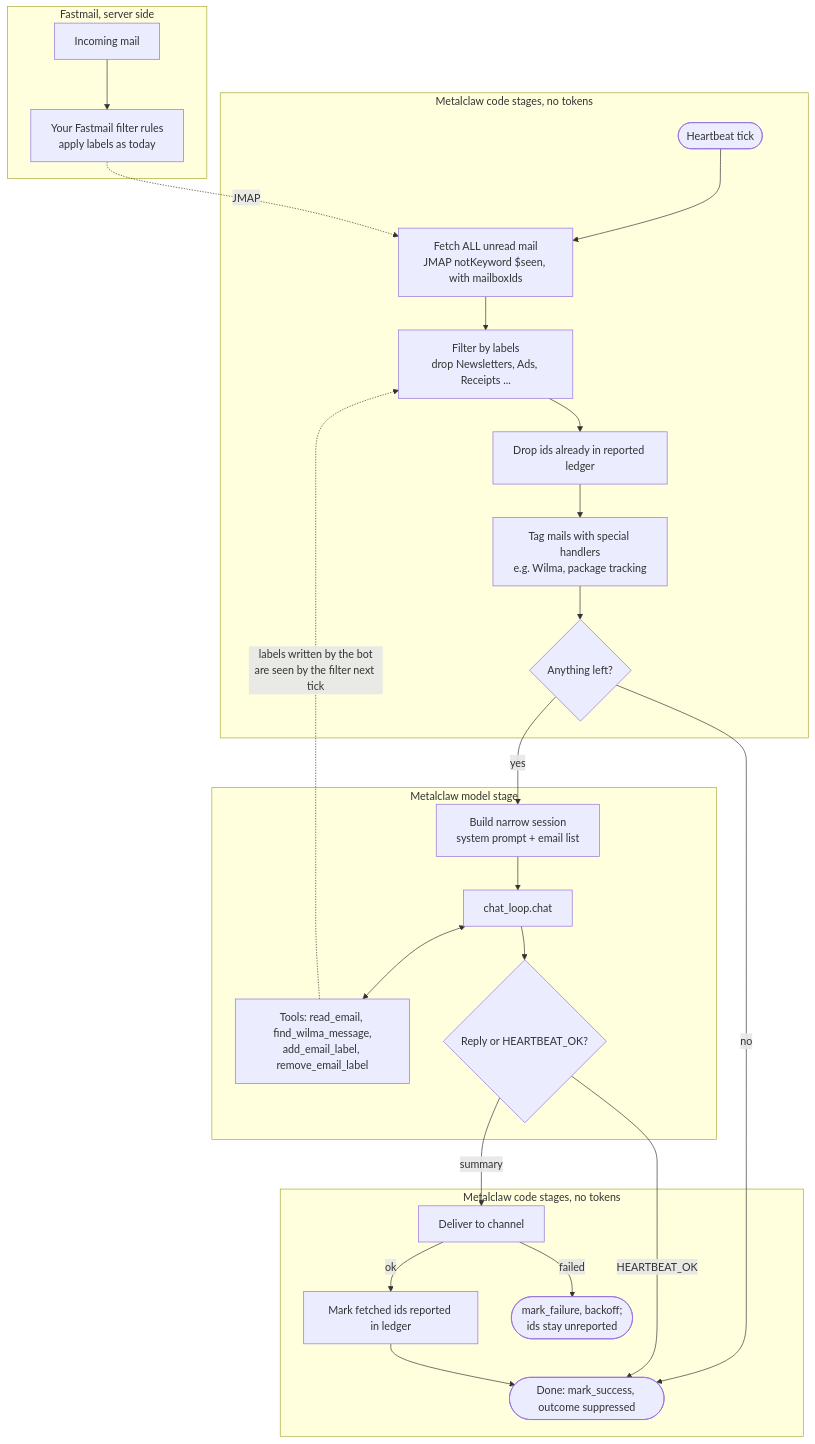
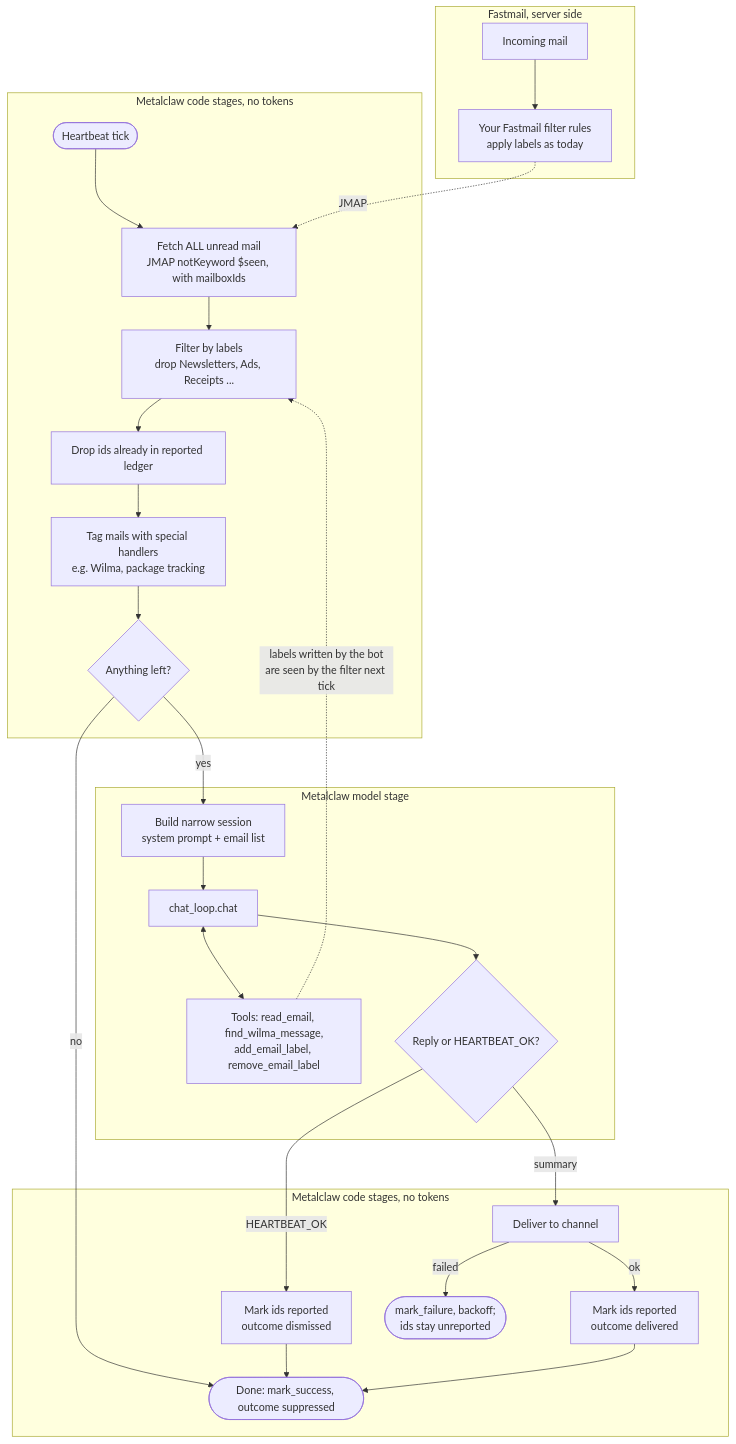
One commit to lepinkainen/metalclaw changed the diagram in ai-docs/mail-pipeline-plan.md. Above: the diagram before and after it, drawn with Mermaid. The commit also changed other lines of this file, not shown here.

First line of the commit message:
docs(ai-docs): mail pipeline plan — plain functions, pipeline action field, ledger and tracing

````diff
--- a/ai-docs/mail-pipeline-plan.md
+++ b/ai-docs/mail-pipeline-plan.md
@@ -11,34 +13,35 @@
 ```mermaid
 flowchart TD
     subgraph fastmail["Fastmail, server side"]
         IN[Incoming mail] --> RULES[Your Fastmail filter rules<br/>apply labels as today]
     end
 
     subgraph code1["Metalclaw code stages, no tokens"]
         TICK([Heartbeat tick]) --> FETCH[Fetch ALL unread mail<br/>JMAP notKeyword $seen, with mailboxIds]
         RULES -. JMAP .-> FETCH
         FETCH --> LABELS[Filter by labels<br/>drop Newsletters, Ads, Receipts ...]
         LABELS --> LEDGER[Drop ids already in reported ledger]
         LEDGER --> HINT[Tag mails with special handlers<br/>e.g. Wilma, package tracking]
         HINT --> EMPTY{Anything left?}
     end
 
     EMPTY -- no --> DONE([Done: mark_success, outcome suppressed])
 
     subgraph llm["Metalclaw model stage"]
         EMPTY -- yes --> PROMPT[Build narrow session<br/>system prompt + email list]
         PROMPT --> MODEL[chat_loop.chat]
         MODEL <--> TOOLS[Tools: read_email, find_wilma_message,<br/>add_email_label, remove_email_label]
         MODEL --> REPLY{Reply or HEARTBEAT_OK?}
     end
 
     subgraph code2["Metalclaw code stages, no tokens"]
-        REPLY -- HEARTBEAT_OK --> DONE
+        REPLY -- HEARTBEAT_OK --> MARKQ[Mark ids reported<br/>outcome dismissed]
+        MARKQ --> DONE
         REPLY -- summary --> SEND[Deliver to channel]
-        SEND -- ok --> MARK[Mark fetched ids reported in ledger]
+        SEND -- ok --> MARK[Mark ids reported<br/>outcome delivered]
         MARK --> DONE
         SEND -- failed --> FAIL([mark_failure, backoff;<br/>ids stay unreported])
     end
 
     TOOLS -. labels written by the bot<br/>are seen by the filter next tick .-> LABELS
 ```
````
